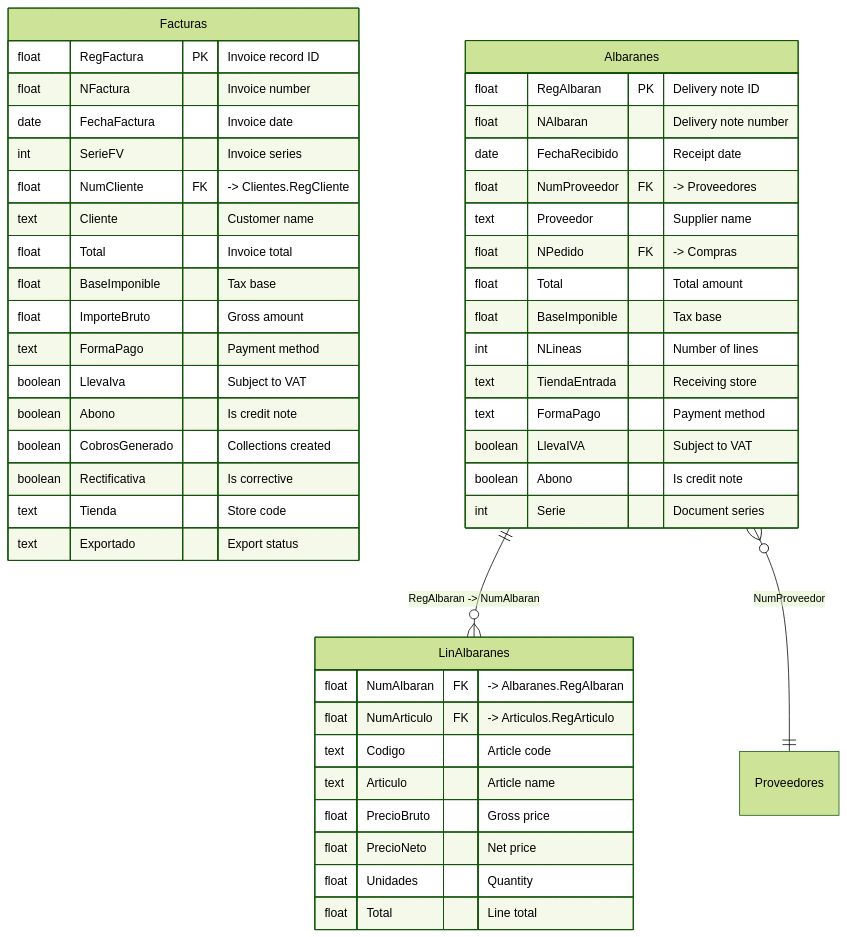
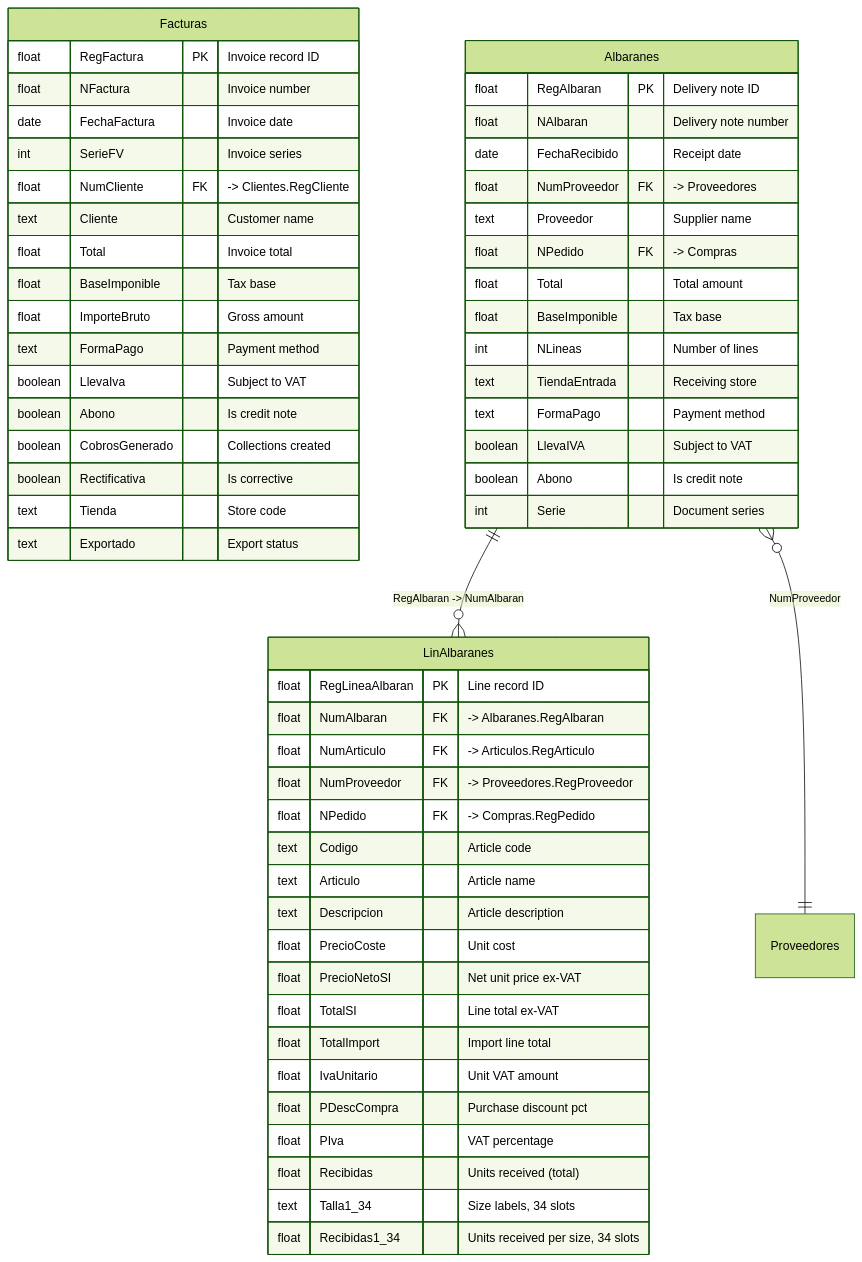
One commit to alvarolobato/powershop-analytics changed the second of 2 diagrams in docs/architecture/purchasing.md. Above: the diagram before and after it, drawn with Mermaid (forest theme). The commit also changed other lines of this file and 914 other files, not shown here.

````diff
--- a/docs/architecture/purchasing.md
+++ b/docs/architecture/purchasing.md
@@ -111,52 +111,62 @@
 ```mermaid
 erDiagram
     Facturas {
         float RegFactura PK "Invoice record ID"
         float NFactura "Invoice number"
         date FechaFactura "Invoice date"
         int SerieFV "Invoice series"
         float NumCliente FK "-> Clientes.RegCliente"
         text Cliente "Customer name"
         float Total "Invoice total"
         float BaseImponible "Tax base"
         float ImporteBruto "Gross amount"
         text FormaPago "Payment method"
         boolean LlevaIva "Subject to VAT"
         boolean Abono "Is credit note"
         boolean CobrosGenerado "Collections created"
         boolean Rectificativa "Is corrective"
         text Tienda "Store code"
         text Exportado "Export status"
     }
 
     Albaranes {
         float RegAlbaran PK "Delivery note ID"
         float NAlbaran "Delivery note number"
         date FechaRecibido "Receipt date"
         float NumProveedor FK "-> Proveedores"
         text Proveedor "Supplier name"
         float NPedido FK "-> Compras"
         float Total "Total amount"
         float BaseImponible "Tax base"
         int NLineas "Number of lines"
         text TiendaEntrada "Receiving store"
         text FormaPago "Payment method"
         boolean LlevaIVA "Subject to VAT"
         boolean Abono "Is credit note"
         int Serie "Document series"
     }
 
     LinAlbaranes {
+        float RegLineaAlbaran PK "Line record ID"
         float NumAlbaran FK "-> Albaranes.RegAlbaran"
         float NumArticulo FK "-> Articulos.RegArticulo"
+        float NumProveedor FK "-> Proveedores.RegProveedor"
+        float NPedido FK "-> Compras.RegPedido"
         text Codigo "Article code"
         text Articulo "Article name"
-        float PrecioBruto "Gross price"
-        float PrecioNeto "Net price"
-        float Unidades "Quantity"
-        float Total "Line total"
+        text Descripcion "Article description"
+        float PrecioCoste "Unit cost"
+        float PrecioNetoSI "Net unit price ex-VAT"
+        float TotalSI "Line total ex-VAT"
+        float TotalImport "Import line total"
+        float IvaUnitario "Unit VAT amount"
+        float PDescCompra "Purchase discount pct"
+        float PIva "VAT percentage"
+        float Recibidas "Units received (total)"
+        text Talla1_34 "Size labels, 34 slots"
+        float Recibidas1_34 "Units received per size, 34 slots"
     }
 
     Albaranes ||--o{ LinAlbaranes : "RegAlbaran -> NumAlbaran"
     Albaranes }o--|| Proveedores : "NumProveedor"
 ```
````
